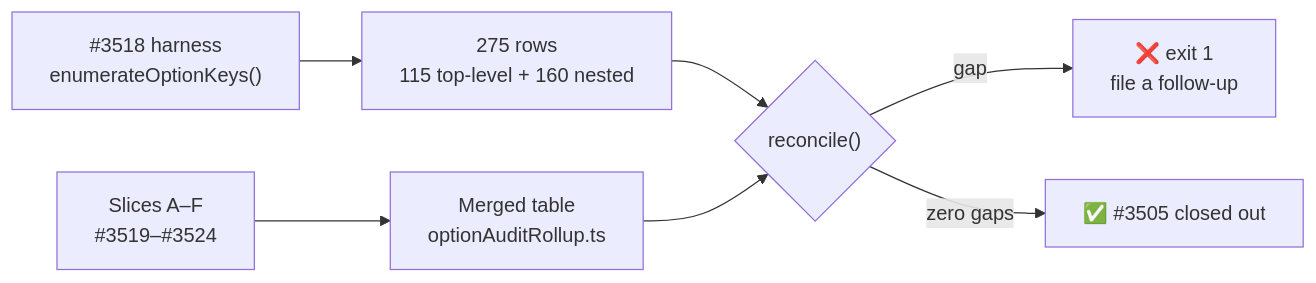
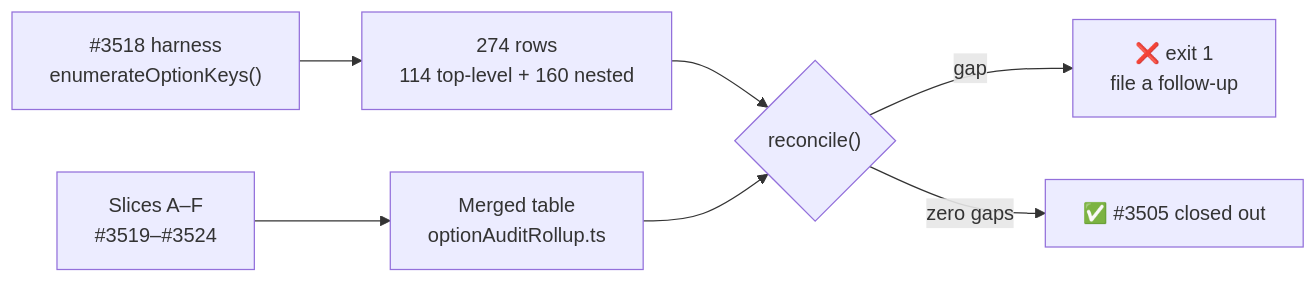
One commit to stSoftwareAU/NEAT-AI changed the first of 2 diagrams in docs/OPTION_AUDIT_CONSOLIDATED.md. Above: the diagram before and after it, drawn with Mermaid. The commit also changed other lines of this file and 10 other files, not shown here.

````diff
--- a/docs/OPTION_AUDIT_CONSOLIDATED.md
+++ b/docs/OPTION_AUDIT_CONSOLIDATED.md
@@ -43,9 +43,9 @@
 ```mermaid
 flowchart LR
-    H["#3518 harness<br/>enumerateOptionKeys()"] --> INV["275 rows<br/>115 top-level + 160 nested"]
+    H["#3518 harness<br/>enumerateOptionKeys()"] --> INV["274 rows<br/>114 top-level + 160 nested"]
     A["Slices A–F<br/>#3519–#3524"] --> TAB["Merged table<br/>optionAuditRollup.ts"]
     INV --> REC{"reconcile()"}
     TAB --> REC
     REC -->|"gap"| GAP["❌ exit 1<br/>file a follow-up"]
     REC -->|"zero gaps"| OK["✅ #3505 closed out"]
 ```
````
